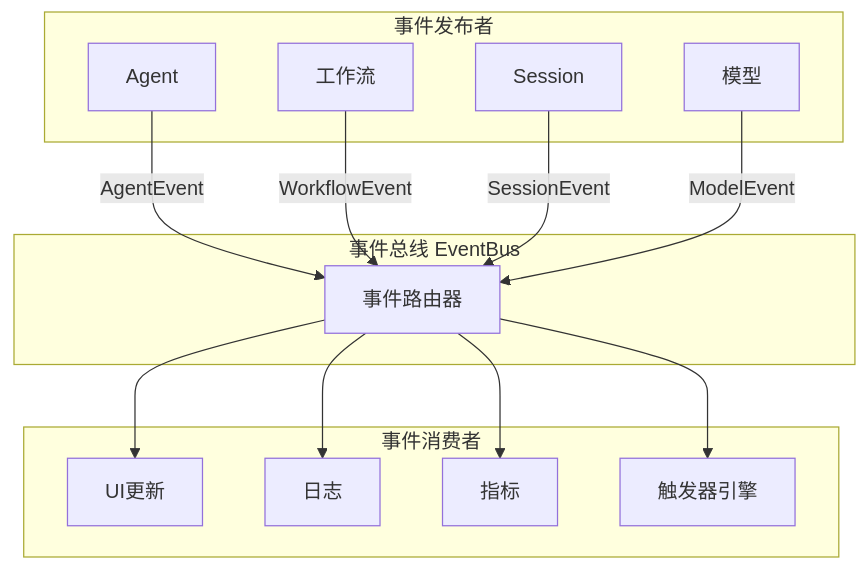
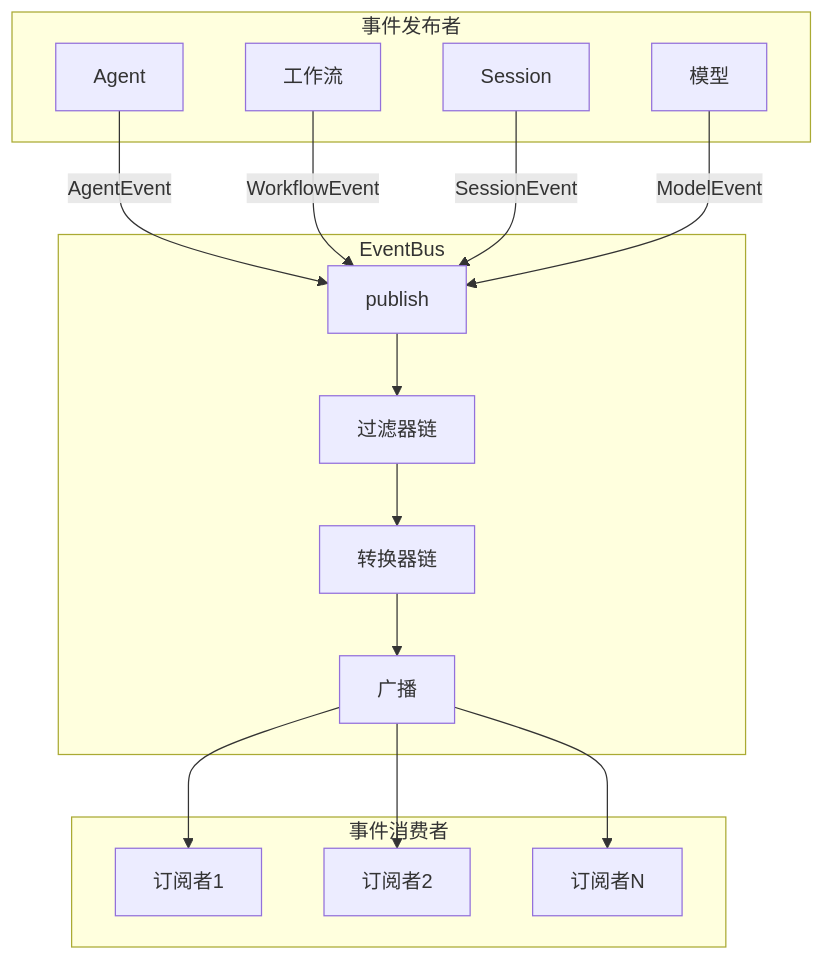
Before and after one commit to MiyakoMeow/neco: the third of 5 diagrams in progress/TECH-AGENT.md, drawn with Mermaid. The commit also changed other lines of this file and 5 other files, not shown here.

````diff
--- a/progress/TECH-AGENT.md
+++ b/progress/TECH-AGENT.md
@@ -284,30 +284,35 @@
 ```mermaid
 graph TB
     subgraph "事件发布者"
         A[Agent]
         W[工作流]
         S[Session]
         M[模型]
     end
     
-    subgraph "事件总线 EventBus"
-        Bus[事件路由器]
+    subgraph "EventBus"
+        Pub[publish]
+        Filter[过滤器链]
+        Transform[转换器链]
+        Router[广播]
     end
     
     subgraph "事件消费者"
-        UI[UI更新]
-        Log[日志]
-        Metric[指标]
-        Trigger[触发器引擎]
+        Sub1[订阅者1]
+        Sub2[订阅者2]
+        SubN[订阅者N]
     end
     
-    A -->|AgentEvent| Bus
-    W -->|WorkflowEvent| Bus
-    S -->|SessionEvent| Bus
-    M -->|ModelEvent| Bus
+    A -->|AgentEvent| Pub
+    W -->|WorkflowEvent| Pub
+    S -->|SessionEvent| Pub
+    M -->|ModelEvent| Pub
     
-    Bus --> UI
-    Bus --> Log
-    Bus --> Metric
-    Bus --> Trigger
+    Pub --> Filter
+    Filter --> Transform
+    Transform --> Router
+    
+    Router --> Sub1
+    Router --> Sub2
+    Router --> SubN
 ```
````
